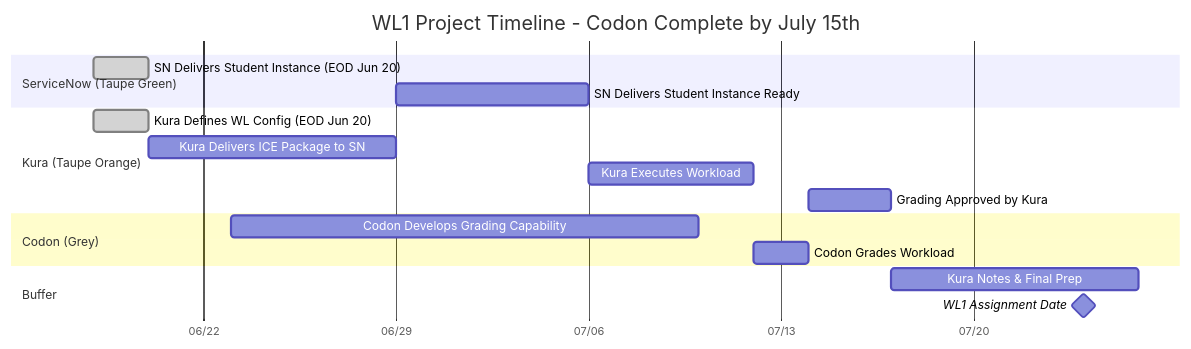
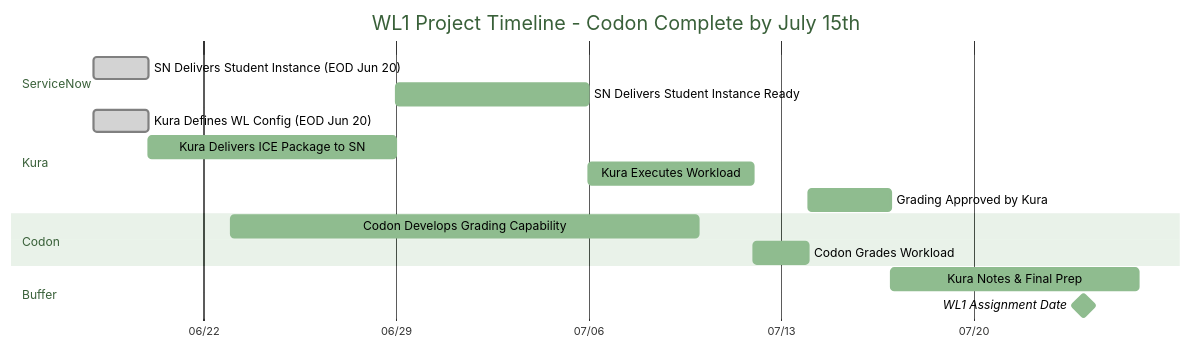
The diagram in readme.md (elmorenox/wl1_mermaid), drawn with Mermaid before and after one commit.

````diff
--- a/readme.md
+++ b/readme.md
@@ -5,24 +5,44 @@
 ```mermaid
+%%{init: {
+  "theme": "base",
+  "themeVariables": {
+    "primaryColor": "#8fbc8f",
+    "primaryTextColor": "#000000",
+    "primaryBorderColor": "#8fbc8f",
+    "lineColor": "#000000",
+    "sectionBkgColor": "#ffffff",
+    "altSectionBkgColor": "#ffffff",
+    "gridColor": "#cccccc",
+    "section0": "#8fbc8f",
+    "section1": "#cd853f", 
+    "section2": "#808080",
+    "section3": "#d3d3d3",
+    "cScale0": "#8fbc8f",
+    "cScale1": "#cd853f",
+    "cScale2": "#808080",
+    "cScale3": "#d3d3d3"
+  }
+}}%%
 gantt
     title WL1 Project Timeline - Codon Complete by July 15th
     dateFormat YYYY-MM-DD
     axisFormat %m/%d
     
-    section ServiceNow (Taupe Green)
+    section ServiceNow
     SN Delivers Student Instance (EOD Jun 20)     :done, sn1, 2025-06-18, 2025-06-20
     SN Delivers Student Instance Ready            :sn3, after kura2, 7d
     
-    section Kura (Taupe Orange) 
+    section Kura
     Kura Defines WL Config (EOD Jun 20)          :done, kura1, 2025-06-18, 2025-06-20
     Kura Delivers ICE Package to SN              :kura2, after sn1, 9d
     Kura Executes Workload                       :kura4, after sn3, 6d
     Grading Approved by Kura                     :kura8, after codon7, 3d
     
-    section Codon (Grey)
+    section Codon
     Codon Develops Grading Capability            :codon6, 2025-06-23, 2025-07-10
     Codon Grades Workload                        :codon7, after kura4, 2d
     
     section Buffer
     Kura Notes & Final Prep                      :buffer, after kura8, 9d
     WL1 Assignment Date                          :milestone, assignment, 2025-07-24, 0d
 ```
````
